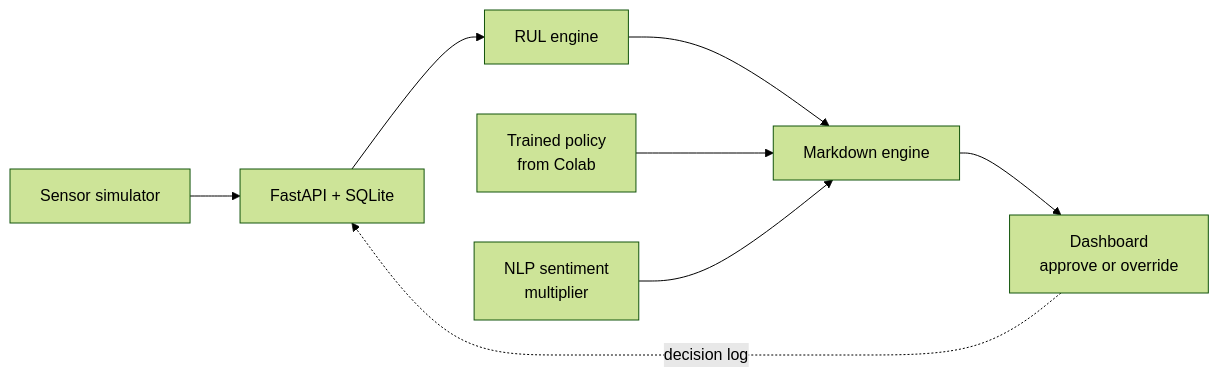
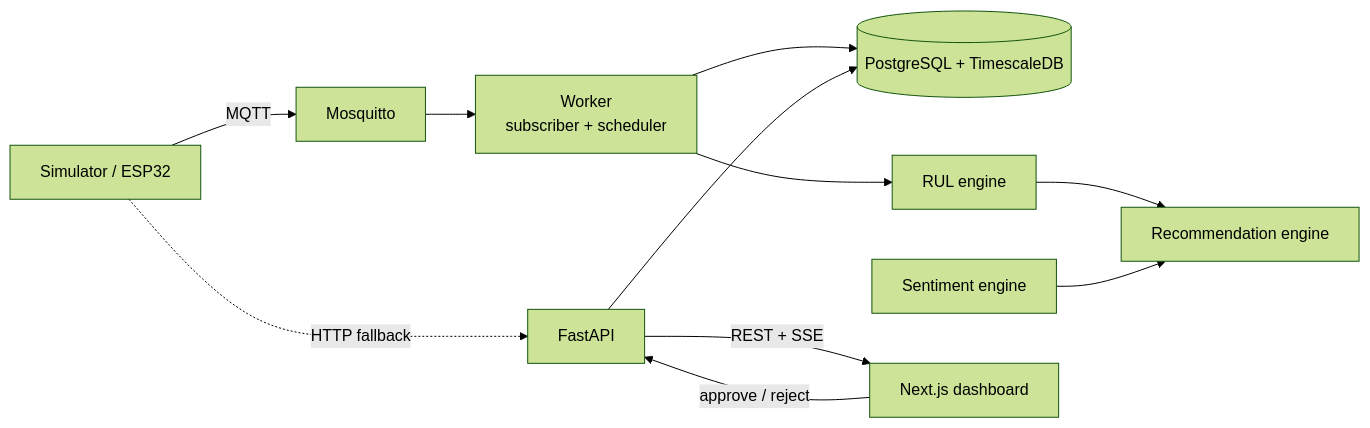
One commit to JD-Code05/dyna-fefo changed the diagram in README.md. Above: the diagram before and after it, drawn with Mermaid (forest theme). The commit also changed other lines of this file and 1 other file, not shown here.

````diff
--- a/README.md
+++ b/README.md
@@ -64,10 +69,12 @@
 ```mermaid
 flowchart LR
-    SIM[Sensor simulator] --> API[FastAPI + SQLite]
-    API --> RUL[RUL engine]
-    RUL --> MD[Markdown engine]
-    POL[Trained policy<br/>from Colab] --> MD
-    NLP[NLP sentiment<br/>multiplier] --> MD
-    MD --> DASH[Dashboard<br/>approve or override]
-    DASH -. decision log .-> API
+    SIM[Simulator / ESP32] -- MQTT --> MQ[Mosquitto]
+    MQ --> WK[Worker<br/>subscriber + scheduler]
+    SIM -. HTTP fallback .-> API[FastAPI]
+    WK --> DB[(PostgreSQL + TimescaleDB)]
+    API --> DB
+    WK --> RUL[RUL engine] --> REC[Recommendation engine]
+    NLP[Sentiment engine] --> REC
+    API -- REST + SSE --> FE[Next.js dashboard]
+    FE -- approve / reject --> API
 ```
````
